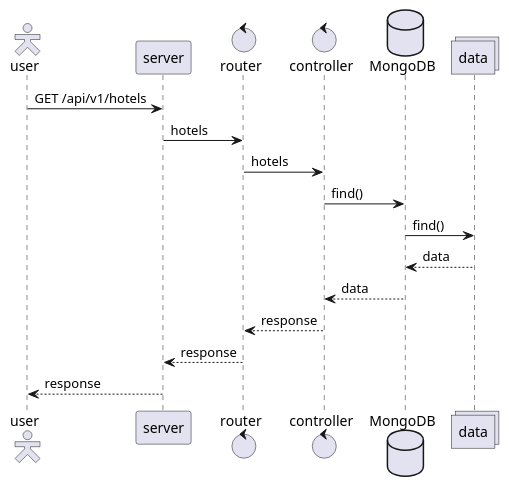
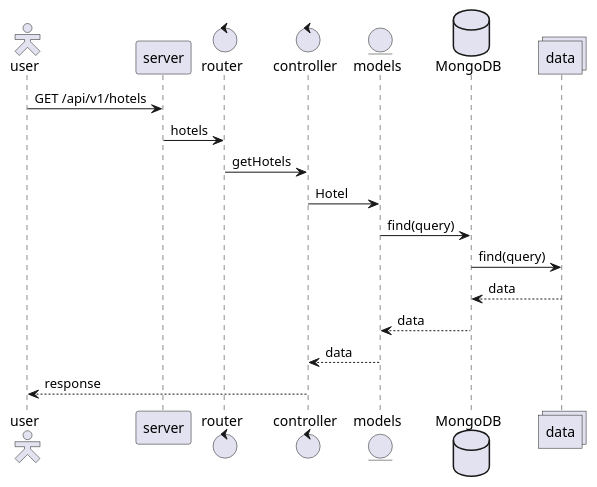
Before and after one commit to 2110503TACEDT66/presentation-day-1-groupback: the diagram in diagrams/sequence.puml, drawn with PlantUML. The commit also changed 1 other file, not shown here.

```diff
--- a/diagrams/sequence.puml
+++ b/diagrams/sequence.puml
@@ -1,19 +1,20 @@
 @startuml sequence
 skinparam actorStyle Hollow
 actor user
 participant server
 control router
 control controller
+entity models
 database MongoDB as db
 collections data
 user -> server : GET /api/v1/hotels
 server -> router : hotels
-router -> controller : hotels
-controller -> db : find()
-db -> data : find()
+router -> controller : getHotels
+controller -> models : Hotel
+models -> db : find(query)
+db -> data : find(query)
 db <-- data : data
-controller <-- db : data
-router <-- controller : response
-server <-- router : response
-user <-- server : response
+models <-- db : data
+controller <-- models : data
+user <-- controller : response
 @enduml
```
